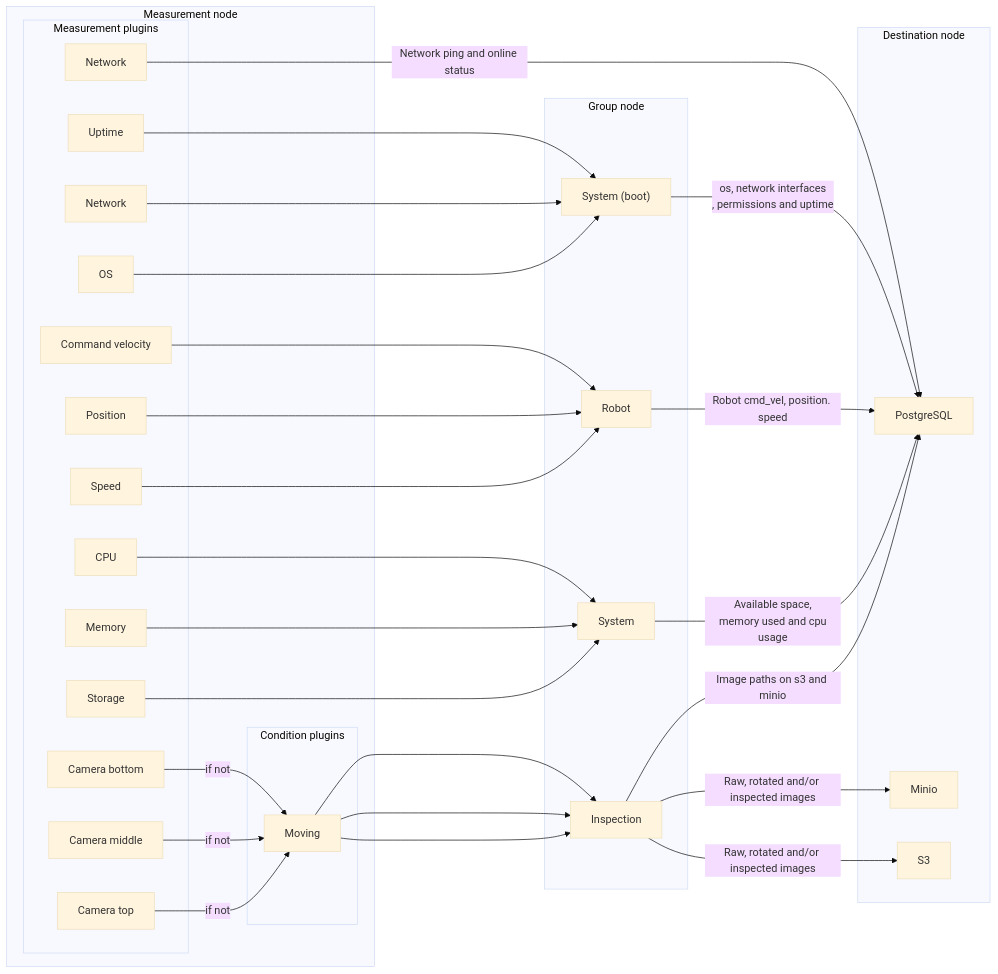
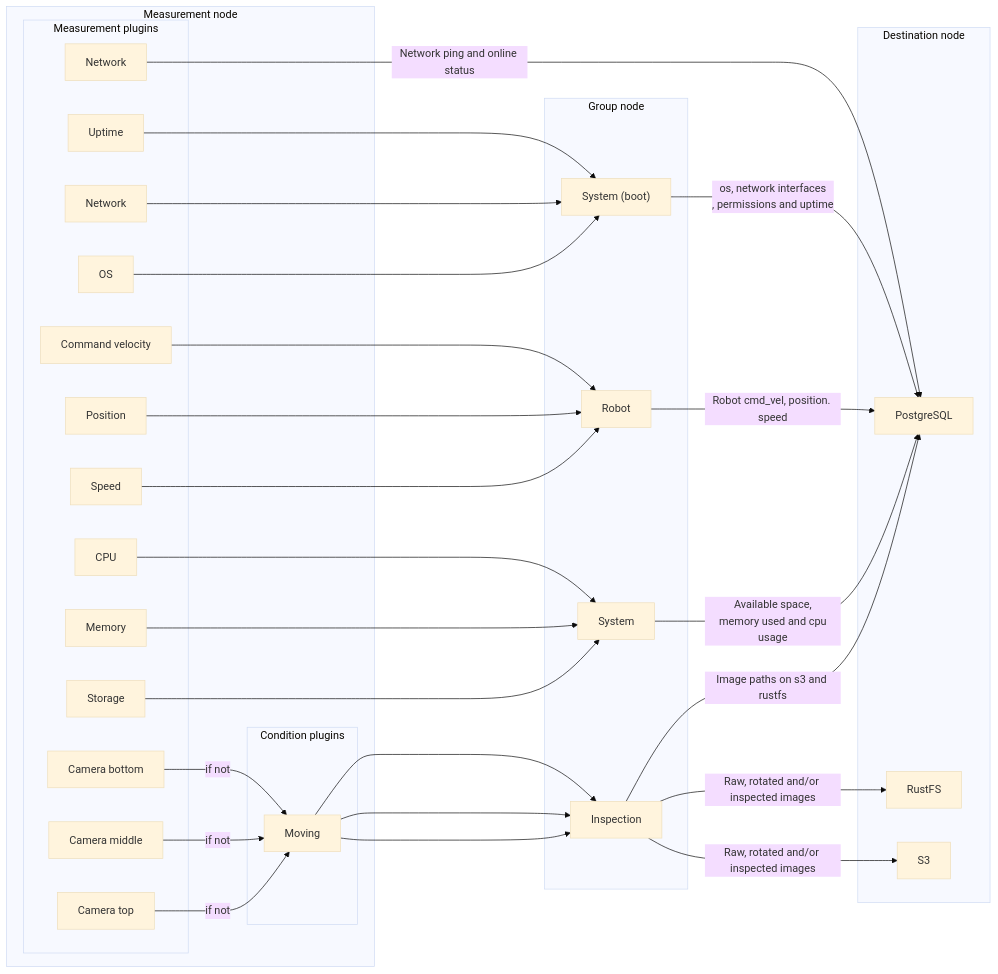
The diagram in doc/src/dc/introduction.md (Minipada/ros2_data_collection), drawn with Mermaid (base theme) before and after one commit. The commit also changed 6 other files, not shown here.

````diff
--- a/doc/src/dc/introduction.md
+++ b/doc/src/dc/introduction.md
@@ -86,72 +86,72 @@
 ```mermaid
 flowchart LR
     pl_camera1["Camera bottom"]
     pl_camera2["Camera middle"]
     pl_camera3["Camera top"]
     pl_condition_moving["Moving"]
     pl_cpu["CPU"]
     pl_cmd_vel["Command velocity"]
     pl_memory["Memory"]
     pl_position["Position"]
     pl_speed["Speed"]
     pl_storage["Storage"]
     pl_uptime["Uptime"]
     pl_network["Network"]
     pl_network_boot["Network"]
     pl_os_boot["OS"]
 
     subgraph m_n["Measurement node"]
         subgraph cond["Condition plugins"]
             pl_condition_moving
         end
         subgraph measurements["Measurement plugins"]
             pl_camera1
             pl_camera2
             pl_camera3
             pl_cpu
             pl_cmd_vel
             pl_memory
             pl_position
             pl_speed
             pl_storage
             pl_uptime
             pl_network
             pl_network_boot
             pl_os_boot
         end
     end
 
     subgraph g_n["Group node"]
         gr_boot_system["System (boot)"]
         gr_system["System"]
         gr_robot["Robot"]
         gr_inspection["Inspection"]
     end
 
     subgraph d_n["Destination node"]
         pl_pgsql["PostgreSQL"]
-        pl_minio["Minio"]
+        pl_rustfs["RustFS"]
         pl_s3["S3"]
     end
 
     pl_camera1 -- if not --> pl_condition_moving --> gr_inspection
     pl_camera2 -- if not --> pl_condition_moving --> gr_inspection
     pl_camera3 -- if not --> pl_condition_moving --> gr_inspection
     pl_cpu --> gr_system
     pl_memory --> gr_system
     pl_uptime --> gr_boot_system
     pl_network_boot --> gr_boot_system
     pl_os_boot --> gr_boot_system
     pl_storage --> gr_system
     pl_cmd_vel --> gr_robot
     pl_position --> gr_robot
     pl_speed --> gr_robot
 
     pl_network -- Network ping and online status --> pl_pgsql
     gr_boot_system -- os, network interfaces\n, permissions and uptime --> pl_pgsql
     gr_robot -- Robot cmd_vel, position. speed --> pl_pgsql
     gr_system -- Available space,\n memory used and cpu usage --> pl_pgsql
-    gr_inspection -- Image paths on s3 and minio --> pl_pgsql
-    gr_inspection -- Raw, rotated and/or inspected images --> pl_minio
+    gr_inspection -- Image paths on s3 and rustfs --> pl_pgsql
+    gr_inspection -- Raw, rotated and/or inspected images --> pl_rustfs
     gr_inspection -- Raw, rotated and/or inspected images --> pl_s3
 ```
````
